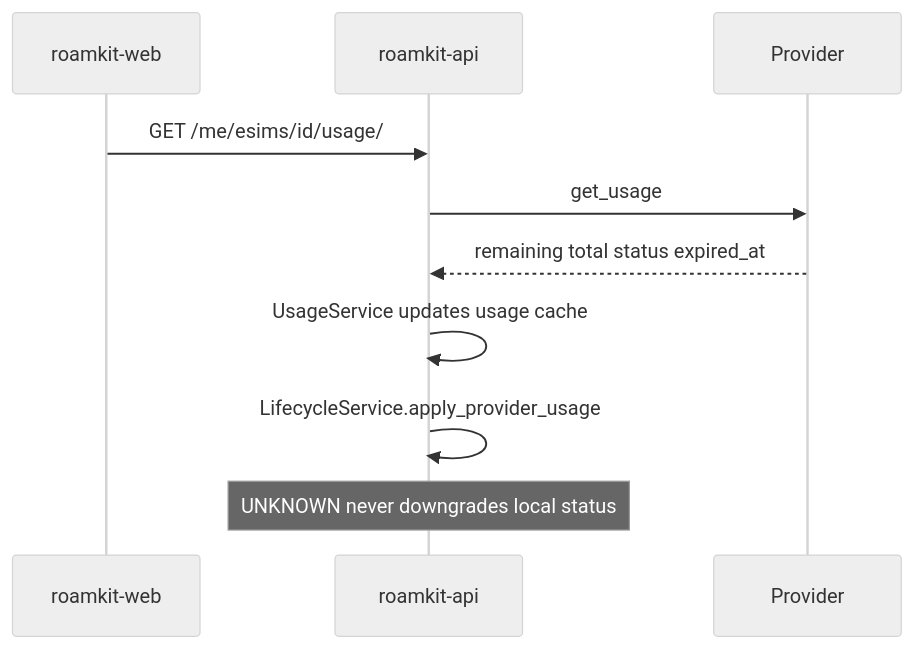
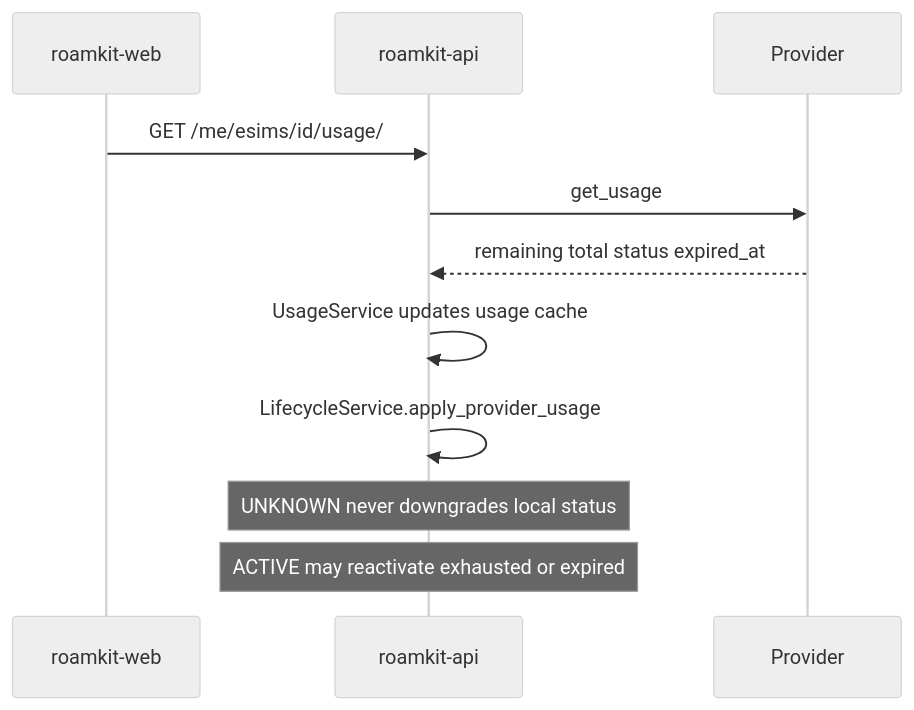
One commit to roamkit-net/roamkit-docs changed the third of 3 diagrams in docs/adr/014-esim-lifecycle-install-telemetry.md. Above: the diagram before and after it, drawn with Mermaid (neutral theme). The commit also changed other lines of this file, not shown here.

First line of the commit message:
docs(adr): amend ADR 014 — reactivate expired/exhausted on provider ACTIVE (#161)

````diff
--- a/docs/adr/014-esim-lifecycle-install-telemetry.md
+++ b/docs/adr/014-esim-lifecycle-install-telemetry.md
@@ -146,13 +168,14 @@
 ```mermaid
 sequenceDiagram
   participant W as roamkit-web
   participant A as roamkit-api
   participant P as Provider
 
   W->>A: GET /me/esims/id/usage/
   A->>P: get_usage
   P-->>A: remaining total status expired_at
   A->>A: UsageService updates usage cache
   A->>A: LifecycleService.apply_provider_usage
   Note over A: UNKNOWN never downgrades local status
+  Note over A: ACTIVE may reactivate exhausted or expired
 ```
````
